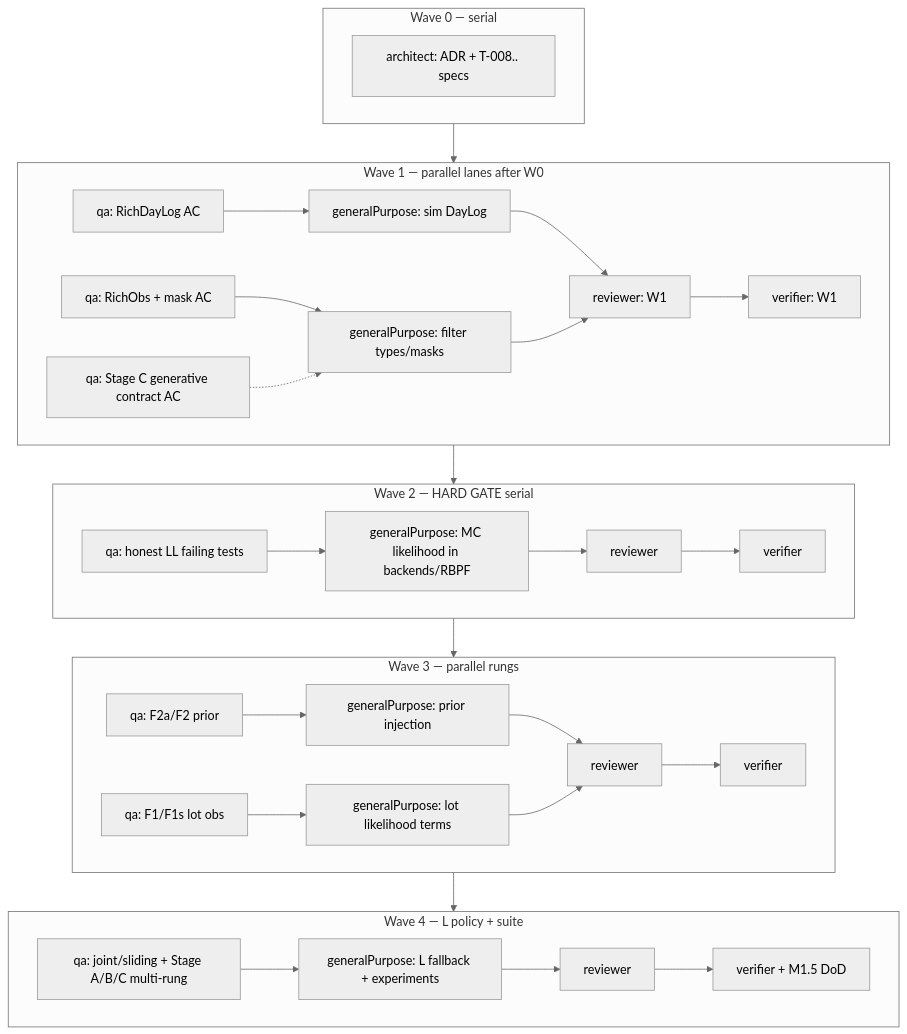
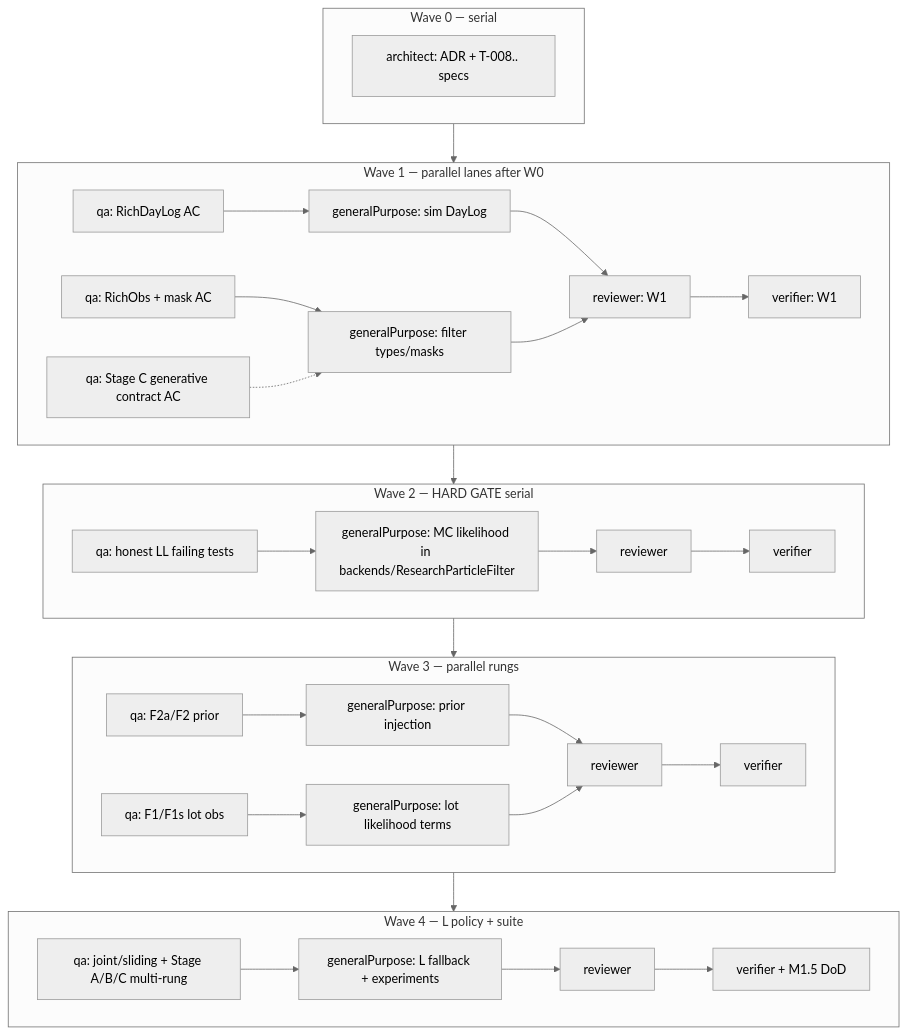
One commit to OliverEvans96/blueberries-voi changed the diagram in .team/plans/M1.5-filter-complete.md. Above: the diagram before and after it, drawn with Mermaid (neutral theme). The commit also changed other lines of this file and 170 other files, not shown here.

First line of the commit message:
Rename rbpf terminology to particle_filter across the repo.

````diff
--- a/.team/plans/M1.5-filter-complete.md
+++ b/.team/plans/M1.5-filter-complete.md
@@ -292,54 +292,54 @@
 ```mermaid
 flowchart TB
   subgraph W0["Wave 0 — serial"]
     A0[architect: ADR + T-008.. specs]
   end
 
   subgraph W1["Wave 1 — parallel lanes after W0"]
     Q1a[qa: RichDayLog AC]
     Q1b[qa: RichObs + mask AC]
     Q1c[qa: Stage C generative contract AC]
     I1a[generalPurpose: sim DayLog]
     I1b[generalPurpose: filter types/masks]
     R1[reviewer: W1]
     V1[verifier: W1]
     Q1a --> I1a
     Q1b --> I1b
     Q1c -.-> I1b
     I1a --> R1
     I1b --> R1
     R1 --> V1
   end
 
   subgraph W2["Wave 2 — HARD GATE serial"]
     Q2[qa: honest LL failing tests]
-    I2[generalPurpose: MC likelihood in backends/RBPF]
+    I2[generalPurpose: MC likelihood in backends/ResearchParticleFilter]
     R2[reviewer]
     V2[verifier]
     Q2 --> I2 --> R2 --> V2
   end
 
   subgraph W3["Wave 3 — parallel rungs"]
     Q3a[qa: F2a/F2 prior]
     Q3b[qa: F1/F1s lot obs]
     I3a[generalPurpose: prior injection]
     I3b[generalPurpose: lot likelihood terms]
     R3[reviewer]
     V3[verifier]
     Q3a --> I3a
     Q3b --> I3b
     I3a --> R3
     I3b --> R3
     R3 --> V3
   end
 
   subgraph W4["Wave 4 — L policy + suite"]
     Q4[qa: joint/sliding + Stage A/B/C multi-rung]
     I4[generalPurpose: L fallback + experiments]
     R4[reviewer]
     V4[verifier + M1.5 DoD]
     Q4 --> I4 --> R4 --> V4
   end
 
   W0 --> W1 --> W2 --> W3 --> W4
 ```
````
